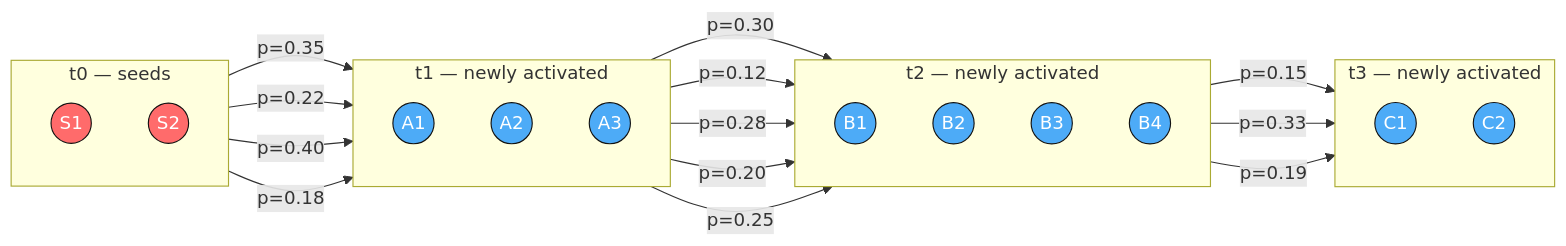
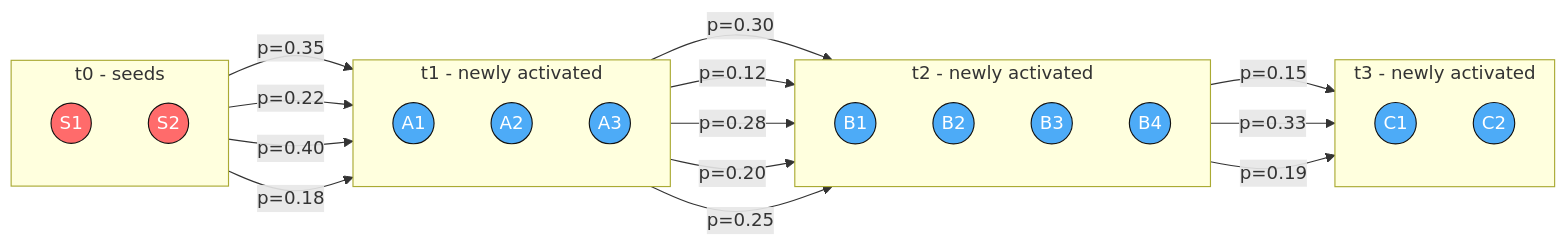
One commit to ChinmayA301/ChinmayA301.github.io changed the first of 5 diagrams in _posts/2026-02-25-virality-bo.md. Above: the diagram before and after it, drawn with Mermaid. The commit also changed other lines of this file and 31 other files, not shown here.

````diff
--- a/_posts/2026-02-25-virality-bo.md
+++ b/_posts/2026-02-25-virality-bo.md
@@ -202,52 +202,52 @@
 ```mermaid
 flowchart LR
   %% Time-layered IC spread (t0 -> t1 -> t2 -> t3)
 
-  subgraph T0["t0 — seeds"]
+  subgraph T0["t0 - seeds"]
     direction TB
     S1((S1)):::seed
     S2((S2)):::seed
   end
 
-  subgraph T1["t1 — newly activated"]
+  subgraph T1["t1 - newly activated"]
     direction TB
     A1((A1)):::active
     A2((A2)):::active
     A3((A3)):::active
   end
 
-  subgraph T2["t2 — newly activated"]
+  subgraph T2["t2 - newly activated"]
     direction TB
     B1((B1)):::active
     B2((B2)):::active
     B3((B3)):::active
     B4((B4)):::active
   end
 
-  subgraph T3["t3 — newly activated"]
+  subgraph T3["t3 - newly activated"]
     direction TB
     C1((C1)):::active
     C2((C2)):::active
   end
 
   %% Propagation edges with probabilities (example p_uv)
   S1 -- "p=0.35" --> A1
   S1 -- "p=0.22" --> A2
   S2 -- "p=0.40" --> A2
   S2 -- "p=0.18" --> A3
 
   A1 -- "p=0.30" --> B1
   A1 -- "p=0.12" --> B2
   A2 -- "p=0.28" --> B2
   A2 -- "p=0.20" --> B3
   A3 -- "p=0.25" --> B4
 
   B2 -- "p=0.15" --> C1
   B3 -- "p=0.33" --> C1
   B4 -- "p=0.19" --> C2
 
   %% Styling
   classDef seed fill:#ff6b6b,stroke:#111,color:#fff,stroke-width:1px;
   classDef active fill:#4dabf7,stroke:#111,color:#fff,stroke-width:1px;
 
 ```
````
